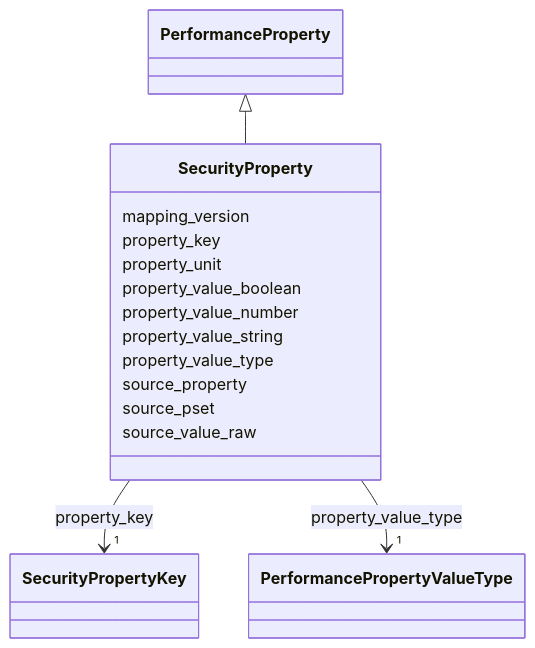
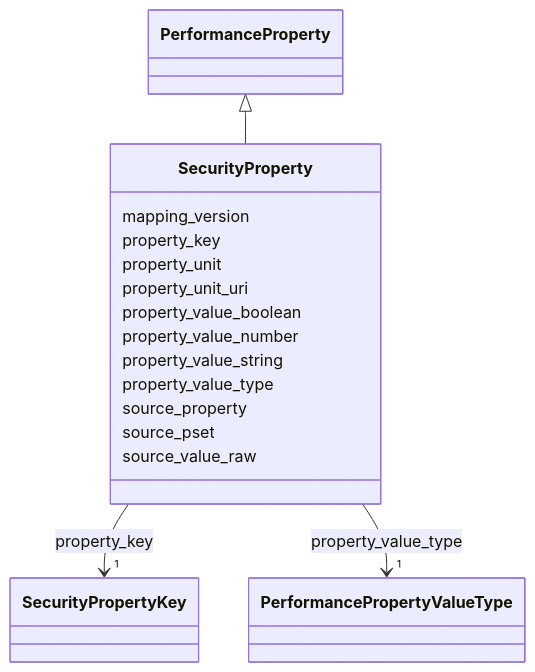
Before and after one commit to simondilhas/pragmatic-bim-data-contract: the diagram in latest/schema/SecurityProperty.md, drawn with Mermaid. The commit also changed other lines of this file and 1314 other files, not shown here.

````diff
--- a/latest/schema/SecurityProperty.md
+++ b/latest/schema/SecurityProperty.md
@@ -18,47 +23,49 @@
 ```mermaid
  classDiagram
     class SecurityProperty
     click SecurityProperty href "../SecurityProperty/"
       PerformanceProperty <|-- SecurityProperty
         click PerformanceProperty href "../PerformanceProperty/"
       
       SecurityProperty : mapping_version
         
       SecurityProperty : property_key
         
           
     
         
         
         SecurityProperty --> "1" SecurityPropertyKey : property_key
         click SecurityPropertyKey href "../SecurityPropertyKey/"
     
 
         
       SecurityProperty : property_unit
+        
+      SecurityProperty : property_unit_uri
         
       SecurityProperty : property_value_boolean
         
       SecurityProperty : property_value_number
         
       SecurityProperty : property_value_string
         
       SecurityProperty : property_value_type
         
           
     
         
         
         SecurityProperty --> "1" PerformancePropertyValueType : property_value_type
         click PerformancePropertyValueType href "../PerformancePropertyValueType/"
     
 
         
       SecurityProperty : source_property
         
       SecurityProperty : source_pset
         
       SecurityProperty : source_value_raw
         
       
 ```
````
